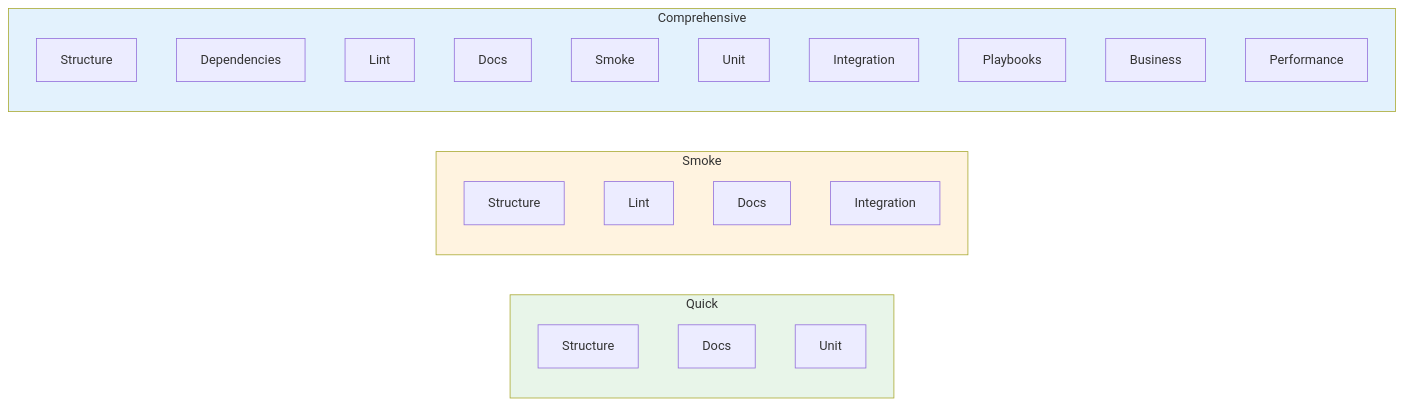
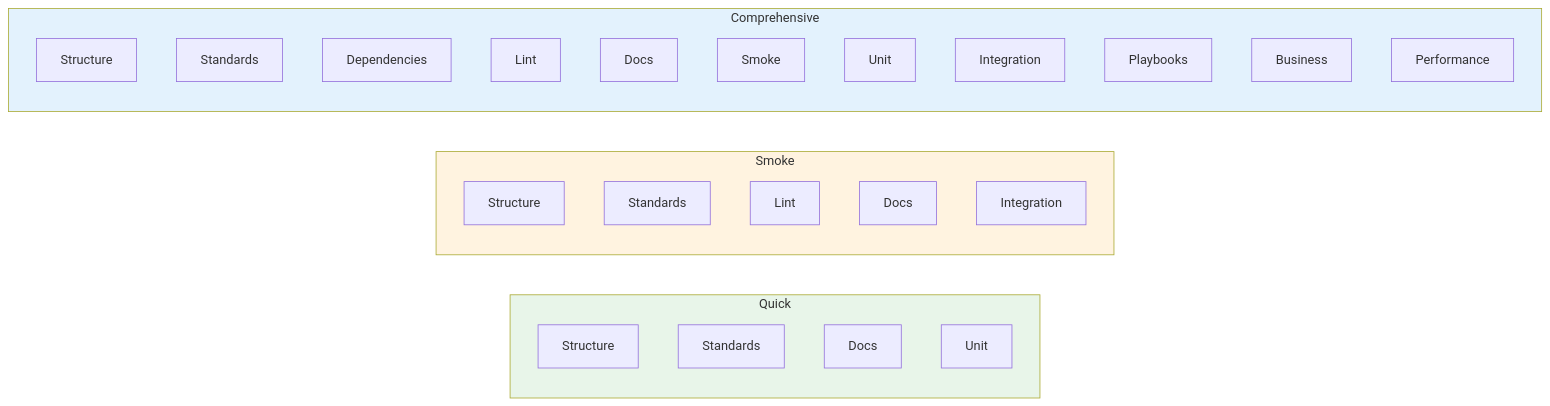
The diagram in scenarios/test-genie/docs/reference/presets.md (Vrooli/Vrooli), drawn with Mermaid before and after one commit. The commit also changed other lines of this file and 91 other files, not shown here.

````diff
--- a/scenarios/test-genie/docs/reference/presets.md
+++ b/scenarios/test-genie/docs/reference/presets.md
@@ -102,32 +105,35 @@
 ```mermaid
 graph LR
     subgraph Quick
         Q1[Structure]
-        Q2[Docs]
-        Q3[Unit]
+        Q2[Standards]
+        Q3[Docs]
+        Q4[Unit]
     end
 
     subgraph Smoke
         S1[Structure]
-        S2[Lint]
-        S3[Docs]
-        S4[Integration]
+        S2[Standards]
+        S3[Lint]
+        S4[Docs]
+        S5[Integration]
     end
 
     subgraph Comprehensive
         C1[Structure]
-        C2[Dependencies]
-        C3[Lint]
-        C4[Docs]
-        C5[Smoke]
-        C6[Unit]
-        C7[Integration]
-        C8[Playbooks]
-        C9[Business]
-        C10[Performance]
+        C2[Standards]
+        C3[Dependencies]
+        C4[Lint]
+        C5[Docs]
+        C6[Smoke]
+        C7[Unit]
+        C8[Integration]
+        C9[Playbooks]
+        C10[Business]
+        C11[Performance]
     end
 
     style Quick fill:#e8f5e9
     style Smoke fill:#fff3e0
     style Comprehensive fill:#e3f2fd
 ```
````
